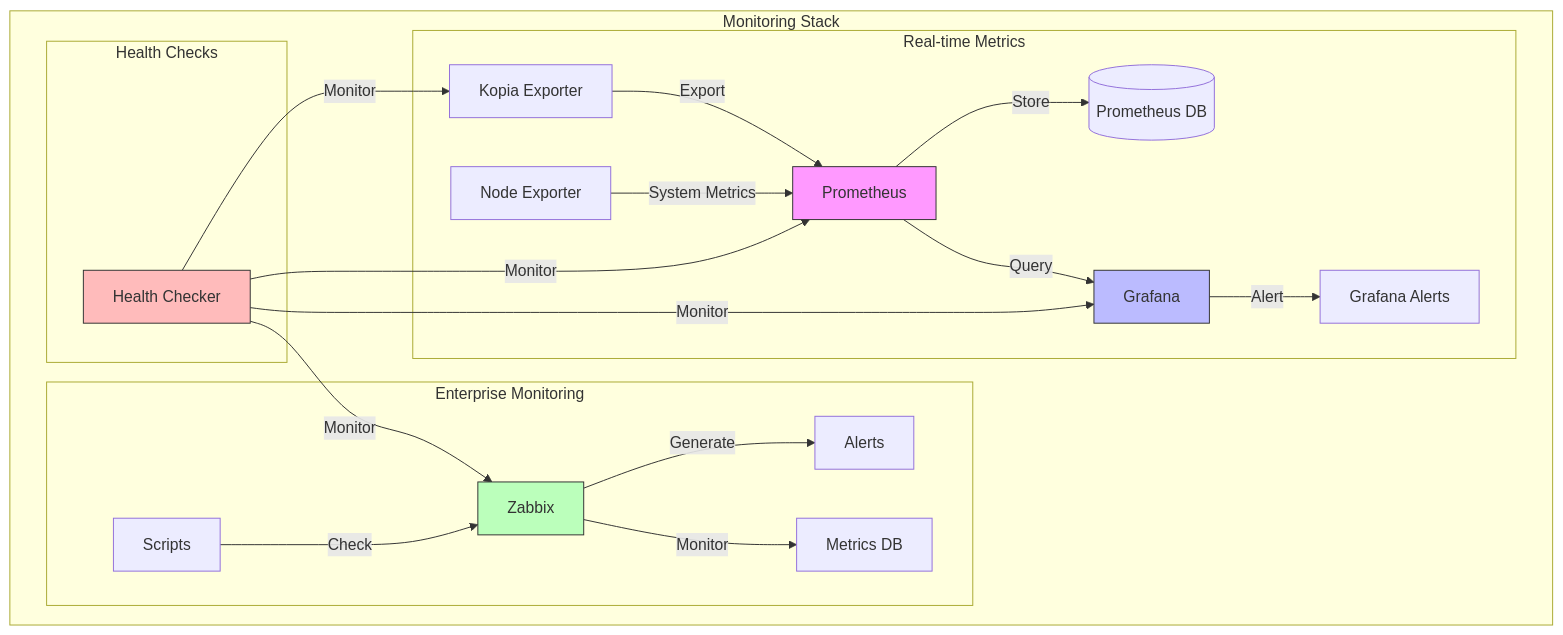
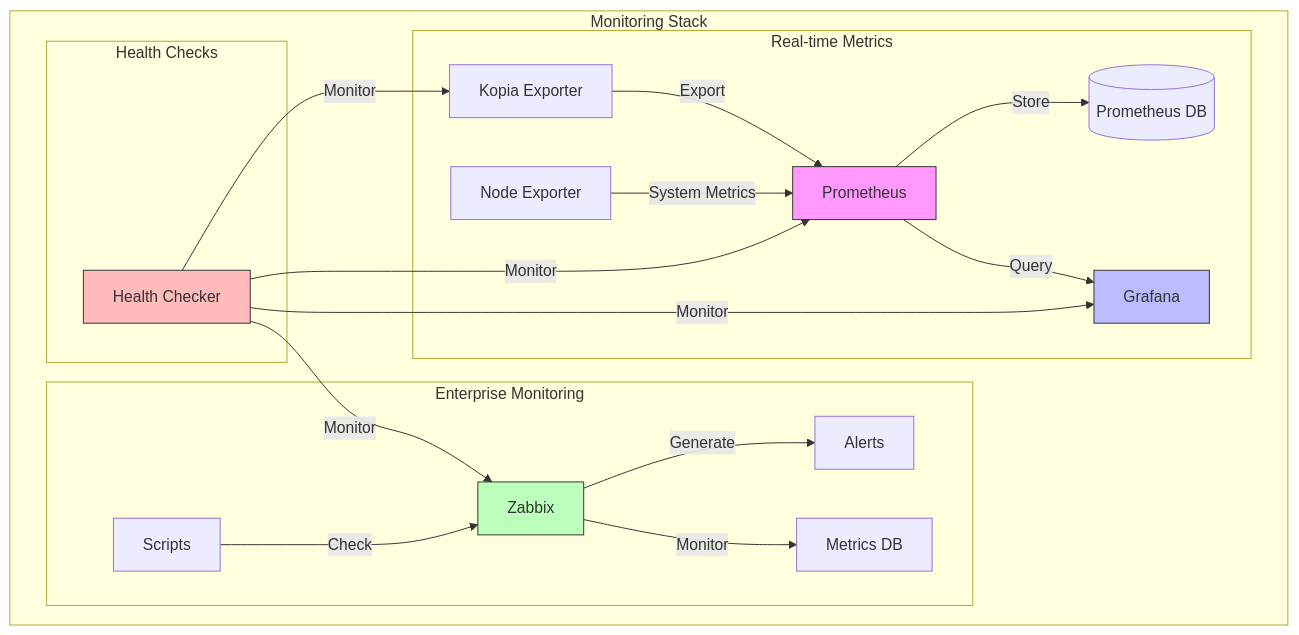
One commit to eblet/kopia-backup-run changed the diagram in monitoring/README.md. Above: the diagram before and after it, drawn with Mermaid.

Commit message:
edit graph

````diff
--- a/monitoring/README.md
+++ b/monitoring/README.md
@@ -12,30 +12,29 @@
 ```mermaid
 graph TB
     subgraph "Monitoring Stack"
         subgraph "Real-time Metrics"
             KE[Kopia Exporter] -->|Export| P[Prometheus]
             NE[Node Exporter] -->|System Metrics| P
             P -->|Store| PD[(Prometheus DB)]
             P -->|Query| G[Grafana]
-            G -->|Alert| GA[Grafana Alerts]
         end
 
         subgraph "Enterprise Monitoring"
             ZS[Scripts] -->|Check| Z[Zabbix]
             Z -->|Generate| ZA[Alerts]
             Z -->|Monitor| ZM[Metrics DB]
         end
 
         subgraph "Health Checks"
             HC[Health Checker] -->|Monitor| KE
             HC -->|Monitor| P
             HC -->|Monitor| G
             HC -->|Monitor| Z
         end
     end
 
     style P fill:#f9f,stroke:#333
     style G fill:#bbf,stroke:#333    
     style Z fill:#bfb,stroke:#333
     style HC fill:#fbb,stroke:#333
 ```
````
